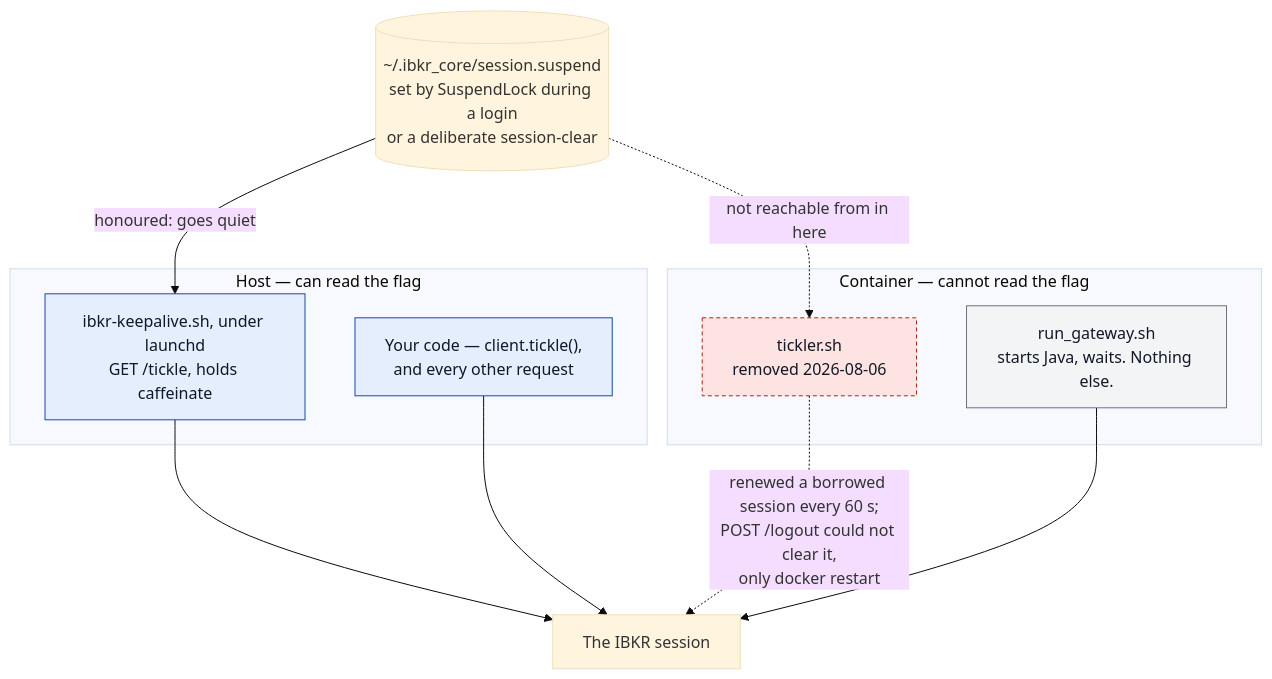
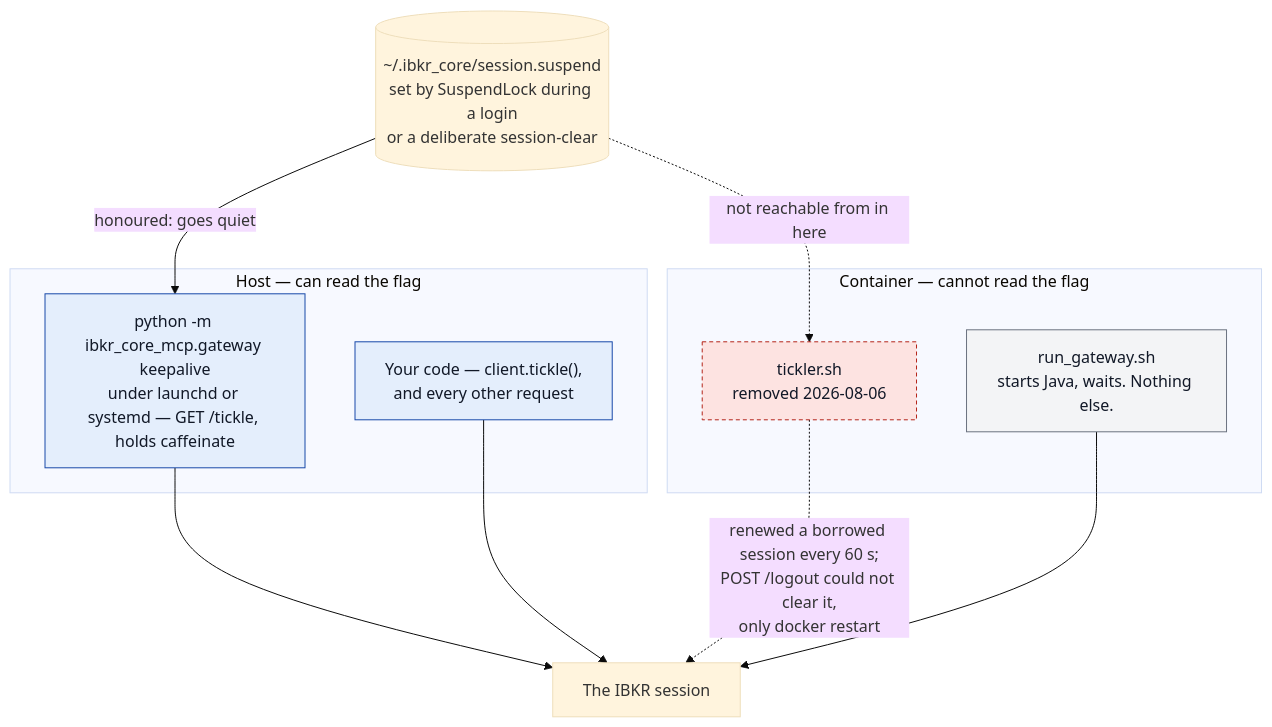
One commit to stephus182/ibkr_core_mcp changed the third of 3 diagrams in docs/gateway-auth-reference.md. Above: the diagram before and after it, drawn with Mermaid (base theme). The commit also changed other lines of this file and 7 other files, not shown here.

````diff
--- a/docs/gateway-auth-reference.md
+++ b/docs/gateway-auth-reference.md
@@ -165,29 +178,29 @@
 ```mermaid
 flowchart TB
     classDef host fill:#e4eefc,stroke:#1849a9,color:#111827
     classDef cont fill:#f3f4f6,stroke:#6b7280,color:#111827
     classDef dead fill:#fde3e1,stroke:#b42318,color:#111827,stroke-dasharray:4 3
 
     FLAG[("~/.ibkr_core/session.suspend<br/>set by SuspendLock during a login<br/>or a deliberate session-clear")]
 
     subgraph HOST["Host — can read the flag"]
-        KA["ibkr-keepalive.sh, under launchd<br/>GET /tickle, holds caffeinate"]
+        KA["python -m ibkr_core_mcp.gateway keepalive<br/>under launchd or systemd — GET /tickle, holds caffeinate"]
         APP["Your code — client.tickle(),<br/>and every other request"]
     end
 
     subgraph CT["Container — cannot read the flag"]
         RG["run_gateway.sh<br/>starts Java, waits. Nothing else."]
         DEAD["tickler.sh<br/>removed 2026-08-06"]
     end
 
     FLAG -->|"honoured: goes quiet"| KA
     FLAG -.->|"not reachable from in here"| DEAD
     KA --> GW["The IBKR session"]
     APP --> GW
     DEAD -. "renewed a borrowed session every 60 s;<br/>POST /logout could not clear it,<br/>only docker restart" .-> GW
     RG --> GW
 
     class KA,APP host
     class RG cont
     class DEAD dead
 ```
````
